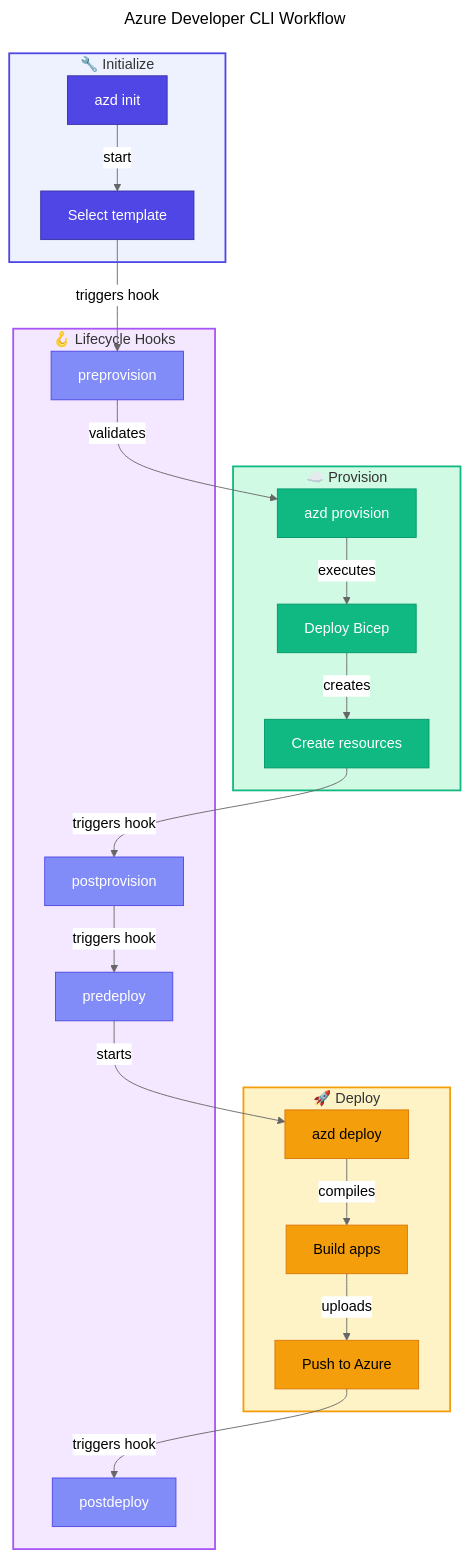
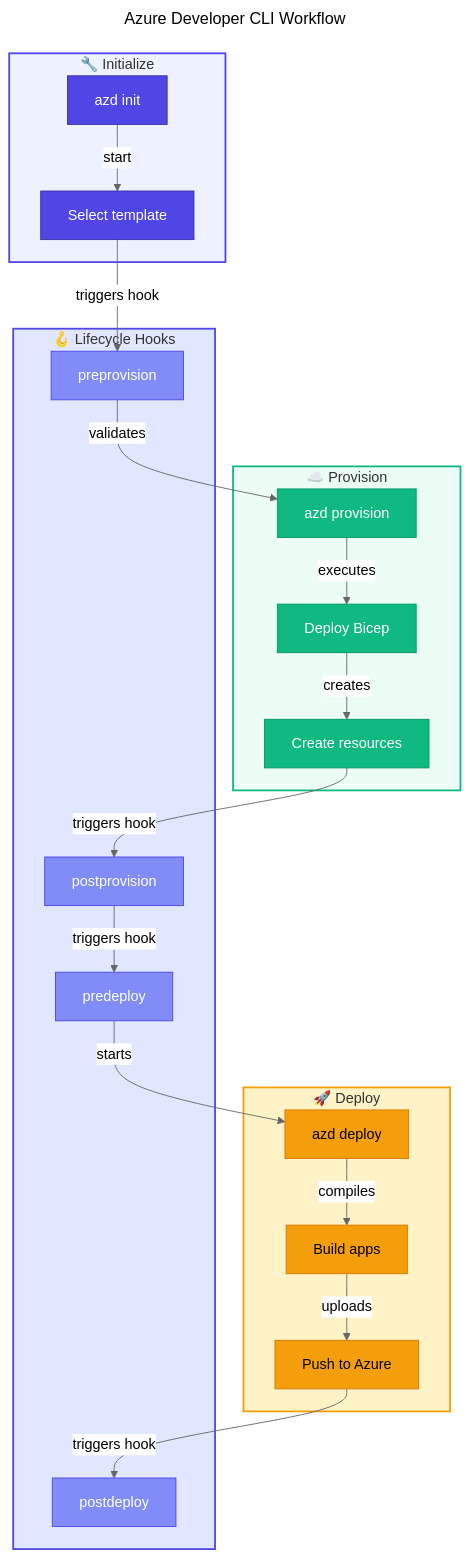
One commit to Evilazaro/Azure-LogicApps-Monitoring changed the third of 6 diagrams in docs/architecture/07-deployment-architecture.md. Above: the diagram before and after it, drawn with Mermaid (neutral theme). The commit also changed other lines of this file, not shown here.

Commit message:
fix: Enhance flowchart styles and add component descriptions in deployment architecture documentation

````diff
--- a/docs/architecture/07-deployment-architecture.md
+++ b/docs/architecture/07-deployment-architecture.md
@@ -188,66 +190,66 @@
 ```mermaid
 ---
 title: Azure Developer CLI Workflow
 ---
 flowchart TB
     %% ===== CLASS DEFINITIONS =====
+    %% Primary components: Indigo - main processes/services
     classDef primary fill:#4F46E5,stroke:#3730A3,color:#FFFFFF
+    %% Secondary components: Emerald - secondary elements
     classDef secondary fill:#10B981,stroke:#059669,color:#FFFFFF
+    %% Data stores: Amber - artifacts/outputs
     classDef datastore fill:#F59E0B,stroke:#D97706,color:#000000
-    classDef external fill:#6B7280,stroke:#4B5563,color:#FFFFFF,stroke-dasharray: 5 5
-    classDef failed fill:#F44336,stroke:#C62828,color:#FFFFFF
+    %% Triggers: Indigo light - entry points/hooks
     classDef trigger fill:#818CF8,stroke:#4F46E5,color:#FFFFFF
-    classDef decision fill:#FFFBEB,stroke:#F59E0B,color:#000000
-    classDef input fill:#F3F4F6,stroke:#6B7280,color:#000000
 
     %% ===== INITIALIZE STAGE =====
     subgraph Init["🔧 Initialize"]
         Init1["azd init"]
         Init2["Select template"]
     end
     style Init fill:#EEF2FF,stroke:#4F46E5,stroke-width:2px
 
     %% ===== PROVISION STAGE =====
     subgraph Provision["☁️ Provision"]
         Prov1["azd provision"]
         Prov2["Deploy Bicep"]
         Prov3["Create resources"]
     end
-    style Provision fill:#D1FAE5,stroke:#10B981,stroke-width:2px
+    style Provision fill:#ECFDF5,stroke:#10B981,stroke-width:2px
 
     %% ===== DEPLOY STAGE =====
     subgraph Deploy["🚀 Deploy"]
         Deploy1["azd deploy"]
         Deploy2["Build apps"]
         Deploy3["Push to Azure"]
     end
     style Deploy fill:#FEF3C7,stroke:#F59E0B,stroke-width:2px
 
     %% ===== LIFECYCLE HOOKS =====
     subgraph Hooks["🪝 Lifecycle Hooks"]
         PreProv["preprovision"]
         PostProv["postprovision"]
         PreDeploy["predeploy"]
         PostDeploy["postdeploy"]
     end
-    style Hooks fill:#F3E8FF,stroke:#A855F7,stroke-width:2px
+    style Hooks fill:#E0E7FF,stroke:#4F46E5,stroke-width:2px
 
     %% ===== WORKFLOW CONNECTIONS =====
     Init1 -->|"start"| Init2
     Init2 -->|"triggers hook"| PreProv
     PreProv -->|"validates"| Prov1
     Prov1 -->|"executes"| Prov2
     Prov2 -->|"creates"| Prov3
     Prov3 -->|"triggers hook"| PostProv
     PostProv -->|"triggers hook"| PreDeploy
     PreDeploy -->|"starts"| Deploy1
     Deploy1 -->|"compiles"| Deploy2
     Deploy2 -->|"uploads"| Deploy3
     Deploy3 -->|"triggers hook"| PostDeploy
 
     %% ===== APPLY STYLES =====
     class Init1,Init2 primary
     class Prov1,Prov2,Prov3 secondary
     class Deploy1,Deploy2,Deploy3 datastore
     class PreProv,PostProv,PreDeploy,PostDeploy trigger
 ```
````
